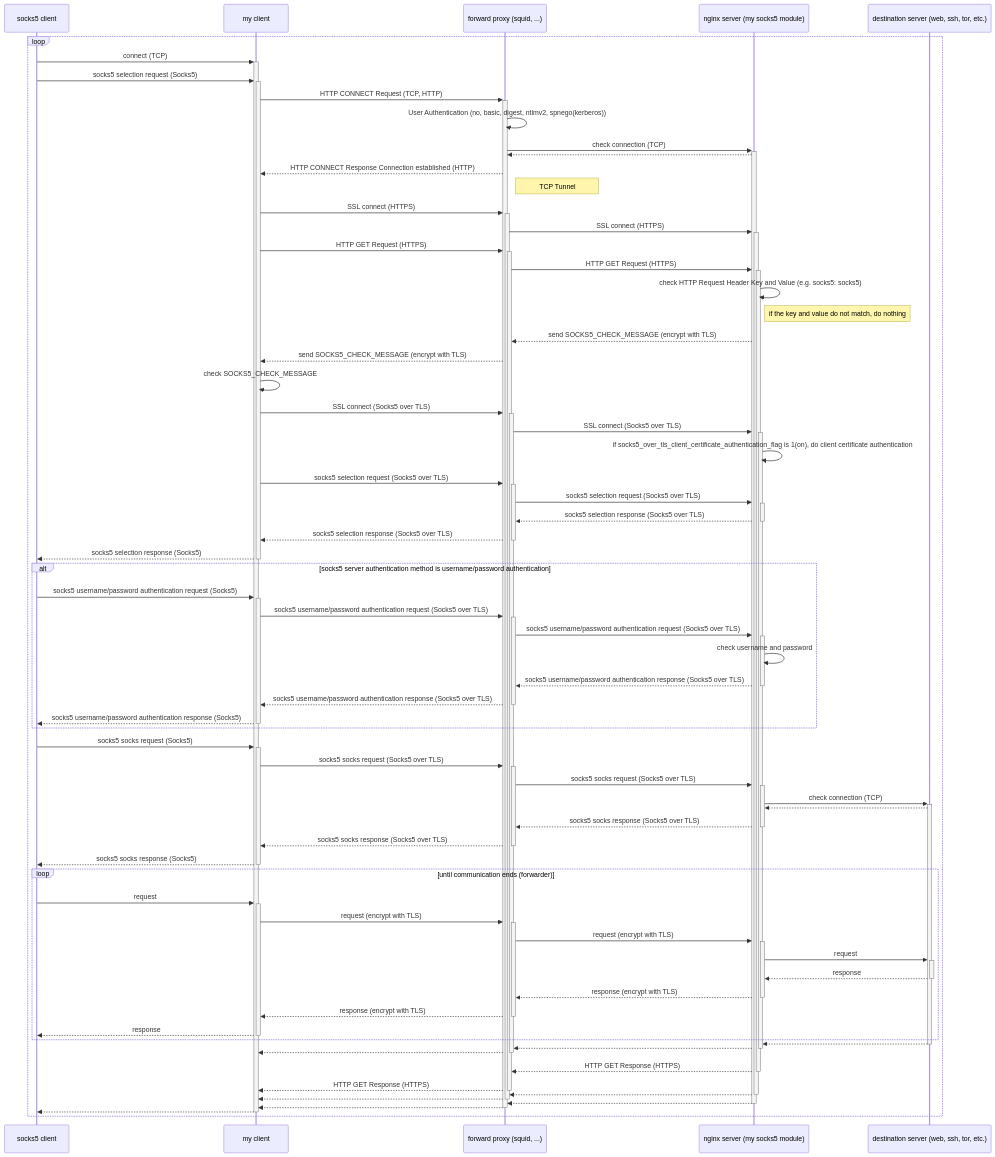
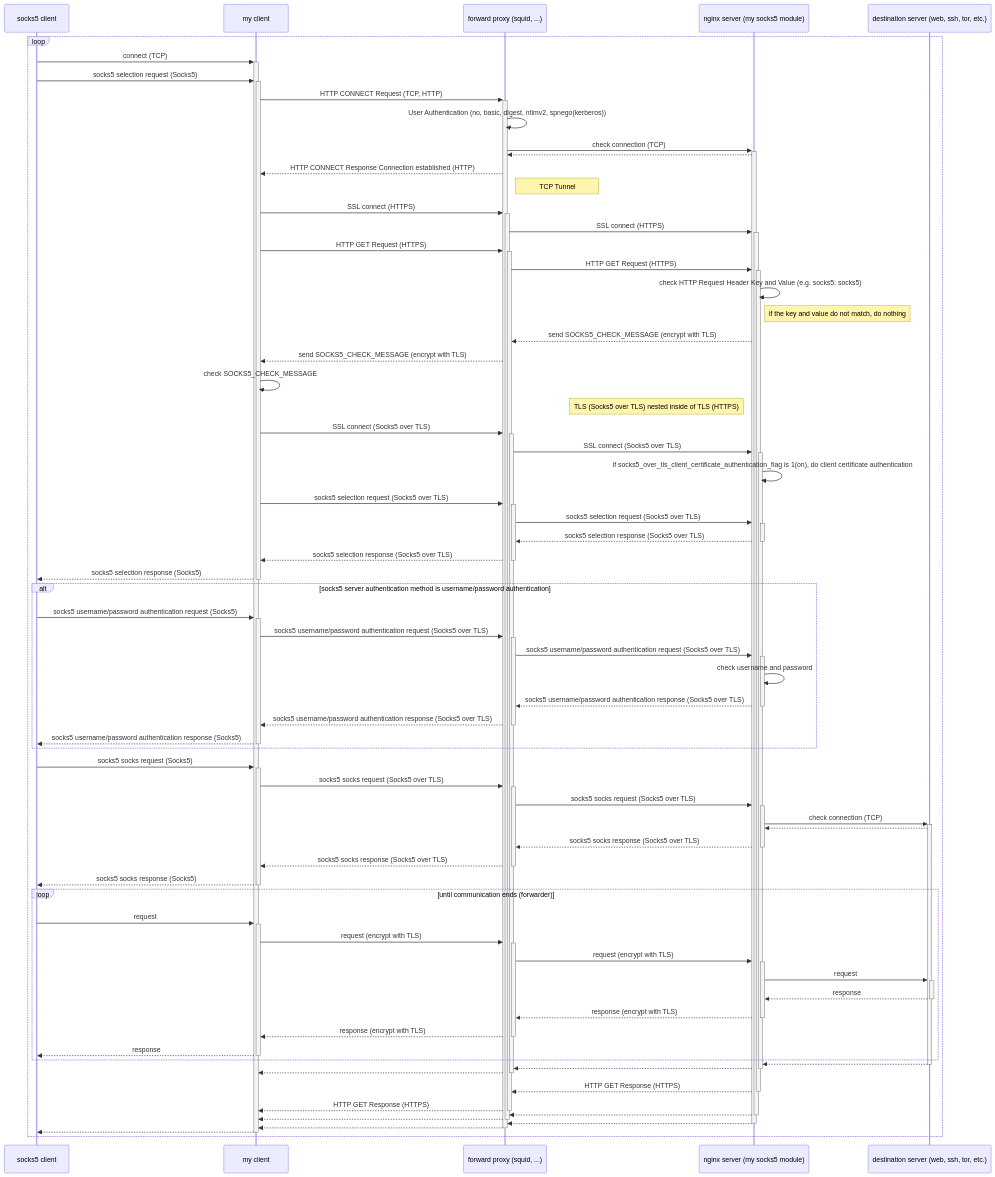
The third of 4 diagrams in README.md (shuichiro-endo/socks5-nginx-module-v2), drawn with Mermaid before and after one commit. The commit also changed other lines of this file, not shown here.

````diff
--- a/README.md
+++ b/README.md
@@ -126,72 +128,73 @@
 ```mermaid
 sequenceDiagram
     participant A as socks5 client
     participant B as my client
     participant C as forward proxy (squid, ...)
     participant D as nginx server (my socks5 module)
     participant E as destination server (web, ssh, tor, etc.)
     loop 
         A->>+B: connect (TCP)
         A->>+B: socks5 selection request (Socks5)
         B->>+C: HTTP CONNECT Request (TCP, HTTP)
         C->>C: User Authentication (no, basic, digest, ntlmv2, spnego(kerberos))
         C->>+D: check connection (TCP)
         D-->>C: 
         C-->>B: HTTP CONNECT Response Connection established (HTTP)
         note right of C: TCP Tunnel
         B->>+C: SSL connect (HTTPS)
         C->>+D: SSL connect (HTTPS)
         B->>+C: HTTP GET Request (HTTPS)
         C->>+D: HTTP GET Request (HTTPS)
         D->>D: check HTTP Request Header Key and Value (e.g. socks5: socks5)
         note right of D: if the key and value do not match, do nothing
         D-->>C: send SOCKS5_CHECK_MESSAGE (encrypt with TLS)
         C-->>B: send SOCKS5_CHECK_MESSAGE (encrypt with TLS)
         B->>B: check SOCKS5_CHECK_MESSAGE
+        note left of D: TLS (Socks5 over TLS) nested inside of TLS (HTTPS)
         B->>+C: SSL connect (Socks5 over TLS)
         C->>+D: SSL connect (Socks5 over TLS)
         D->>D: if socks5_over_tls_client_certificate_authentication_flag is 1(on), do client certificate authentication
         B->>+C: socks5 selection request (Socks5 over TLS)
         C->>+D: socks5 selection request (Socks5 over TLS)
         D-->>-C: socks5 selection response (Socks5 over TLS)
         C-->>-B: socks5 selection response (Socks5 over TLS)
         B-->>-A: socks5 selection response (Socks5)
         alt socks5 server authentication method is username/password authentication
         A->>+B: socks5 username/password authentication request (Socks5)
         B->>+C: socks5 username/password authentication request (Socks5 over TLS)
         C->>+D: socks5 username/password authentication request (Socks5 over TLS)
         D->>D: check username and password
         D-->>-C: socks5 username/password authentication response (Socks5 over TLS)
         C-->>-B: socks5 username/password authentication response (Socks5 over TLS)
         B-->>-A: socks5 username/password authentication response (Socks5)
         end
         A->>+B: socks5 socks request (Socks5)
         B->>+C: socks5 socks request (Socks5 over TLS)
         C->>+D: socks5 socks request (Socks5 over TLS)
         D->>+E: check connection (TCP)
         E-->>D: 
         D-->>-C: socks5 socks response (Socks5 over TLS)
         C-->>-B: socks5 socks response (Socks5 over TLS)
         B-->>-A: socks5 socks response (Socks5)
         loop until communication ends (forwarder)
             A->>+B: request
             B->>+C: request (encrypt with TLS)
             C->>+D: request (encrypt with TLS)
             D->>+E: request
             E-->>-D: response
             D-->>-C: response (encrypt with TLS)
             C-->>-B: response (encrypt with TLS)
             B-->>-A: response
         end
         E-->>-D: 
         D-->>-C: 
         C-->>-B: 
         D-->>-C: HTTP GET Response (HTTPS)
         C-->>-B: HTTP GET Response (HTTPS)
         D-->>-C: 
         C-->>-B: 
         D-->>-C: 
         C-->>-B: 
         B-->>-A: 
     end
 ```
````
